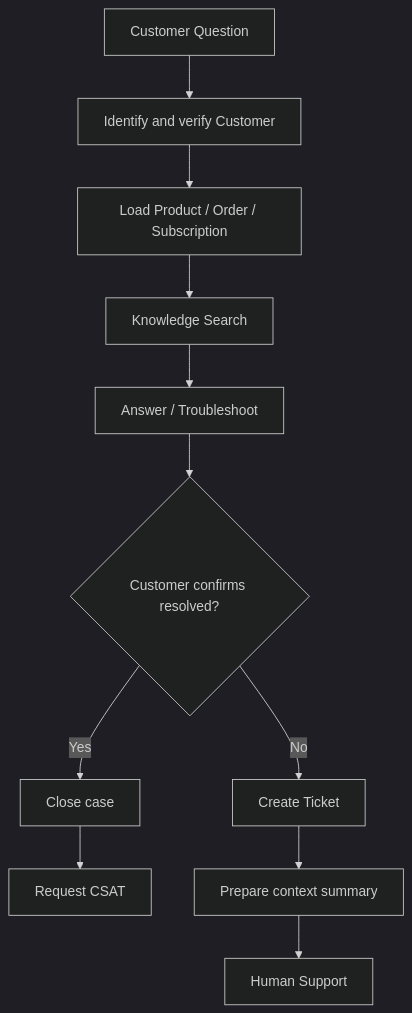
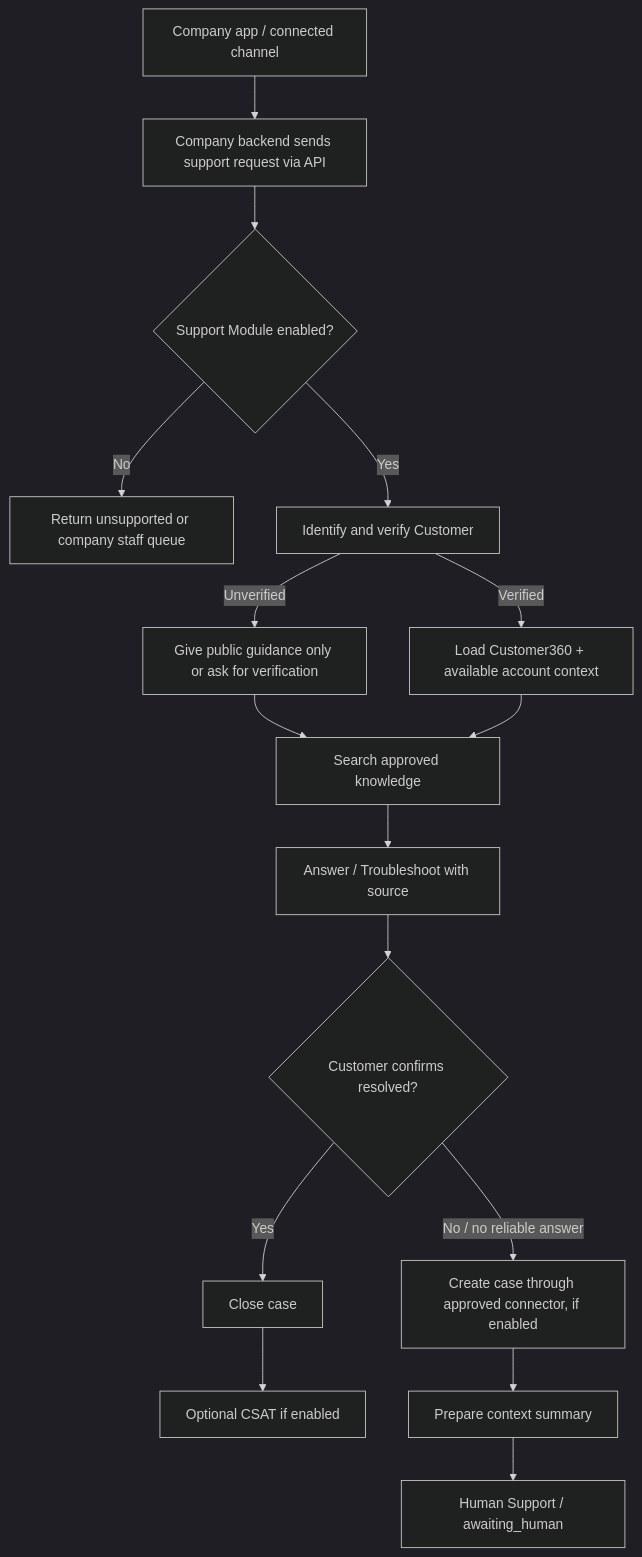
One commit to phongka79d/agent_solution changed the first of 2 diagrams in plans/modules/customer-support.md. Above: the diagram before and after it, drawn with Mermaid (dark theme). The commit also changed other lines of this file and 15 other files, not shown here.

First line of the commit message:
Enhance documentation across multiple modules with detailed sales flow, glossary, and API integration updates

````diff
--- a/plans/modules/customer-support.md
+++ b/plans/modules/customer-support.md
@@ -13,13 +13,18 @@
 ```mermaid
 flowchart TD
-    Question["Customer Question"] --> Identify["Identify and verify Customer"]
-    Identify --> Load["Load Product / Order / Subscription"]
-    Load --> Search["Knowledge Search"]
-    Search --> Answer["Answer / Troubleshoot"]
+    Entry["Company app / connected channel"] --> API["Company backend sends support request via API"]
+    API --> Enabled{"Support Module enabled?"}
+    Enabled -->|No| Staff["Return unsupported or company staff queue"]
+    Enabled -->|Yes| Identify["Identify and verify Customer"]
+    Identify -->|Unverified| Public["Give public guidance only or ask for verification"]
+    Identify -->|Verified| Context["Load Customer360 + available account context"]
+    Public --> Search["Search approved knowledge"]
+    Context --> Search
+    Search --> Answer["Answer / Troubleshoot with source"]
     Answer --> Resolved{"Customer confirms resolved?"}
     Resolved -->|Yes| Close["Close case"]
-    Close --> CSAT["Request CSAT"]
-    Resolved -->|No| Ticket["Create Ticket"]
+    Close --> CSAT["Optional CSAT if enabled"]
+    Resolved -->|No / no reliable answer| Ticket["Create case through approved connector, if enabled"]
     Ticket --> Summary["Prepare context summary"]
-    Summary --> Human["Human Support"]
+    Summary --> Human["Human Support / awaiting_human"]
 ```
````
